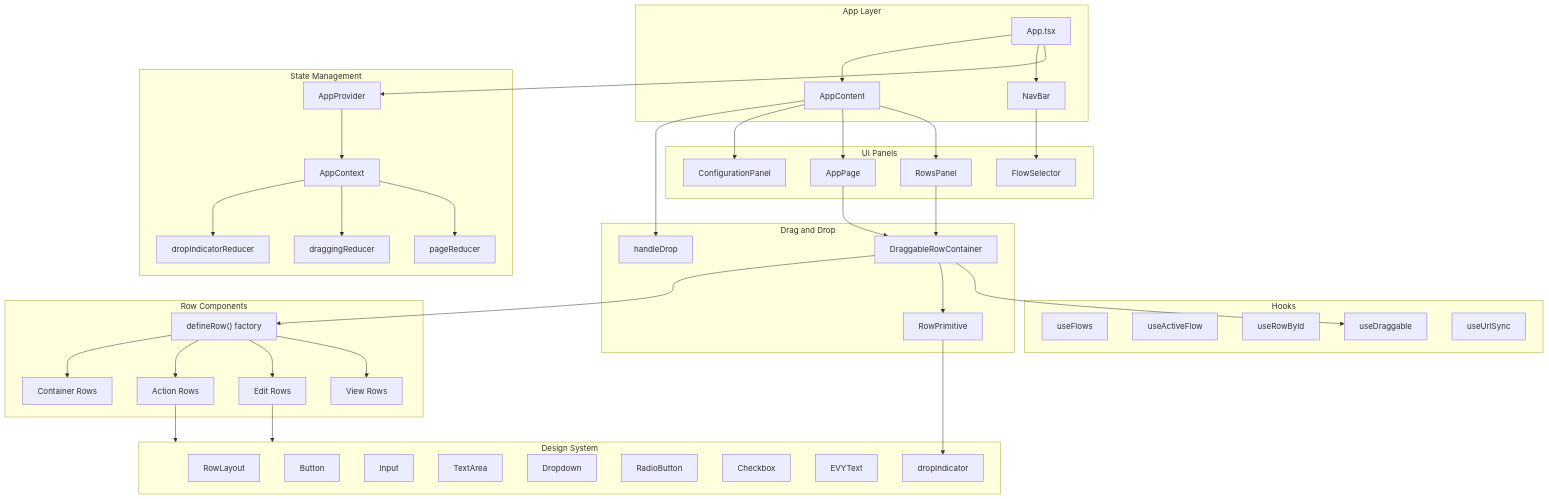
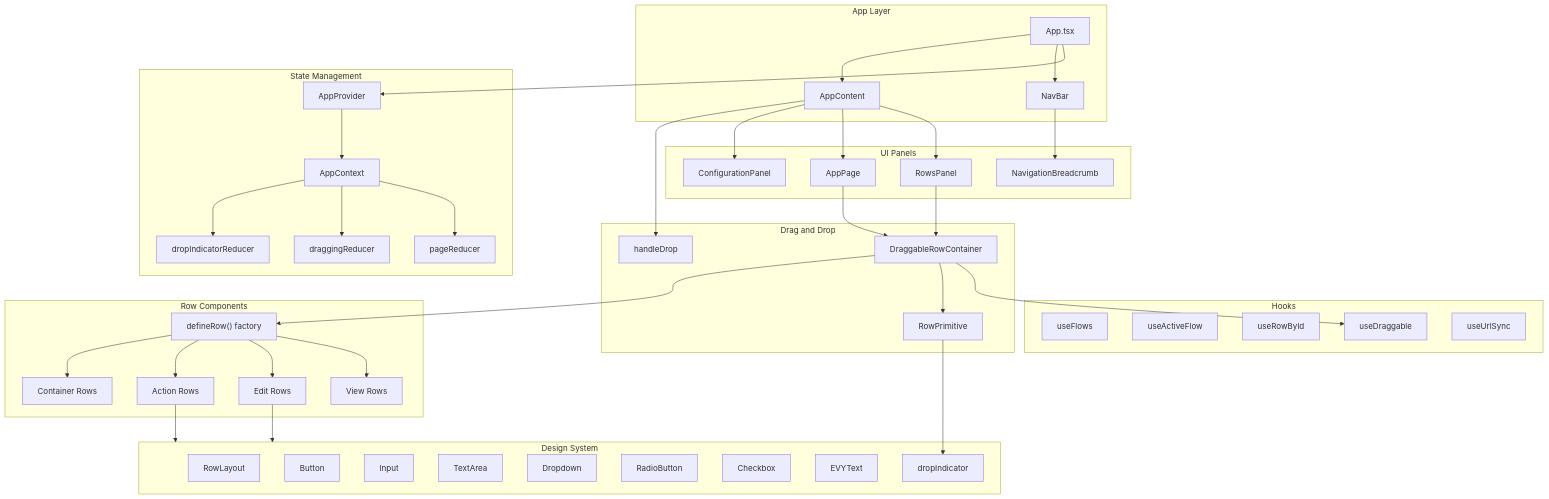
One commit to EVY-Platform/evy changed the diagram in web/README.md. Above: the diagram before and after it, drawn with Mermaid. The commit also changed 29 other files, not shown here.

First line of the commit message:
[FEAT] Navigation breadcrumb, flow selector revamp, and web builder improvements (#134)

```diff
--- a/web/README.md
+++ b/web/README.md
@@ -34,7 +34,7 @@
         RowsPanel[RowsPanel]
         AppPage[AppPage]
         ConfigPanel[ConfigurationPanel]
-        FlowSelector[FlowSelector]
+        NavigationBreadcrumb[NavigationBreadcrumb]
     end
 
     subgraph dragdrop [Drag and Drop]
@@ -70,7 +70,7 @@
     AppContext --> DropIndicatorReducer
 
     App --> NavBar
-    NavBar --> FlowSelector
+    NavBar --> NavigationBreadcrumb
     App --> AppContent
     AppContent --> RowsPanel
     AppContent --> AppPage
```
